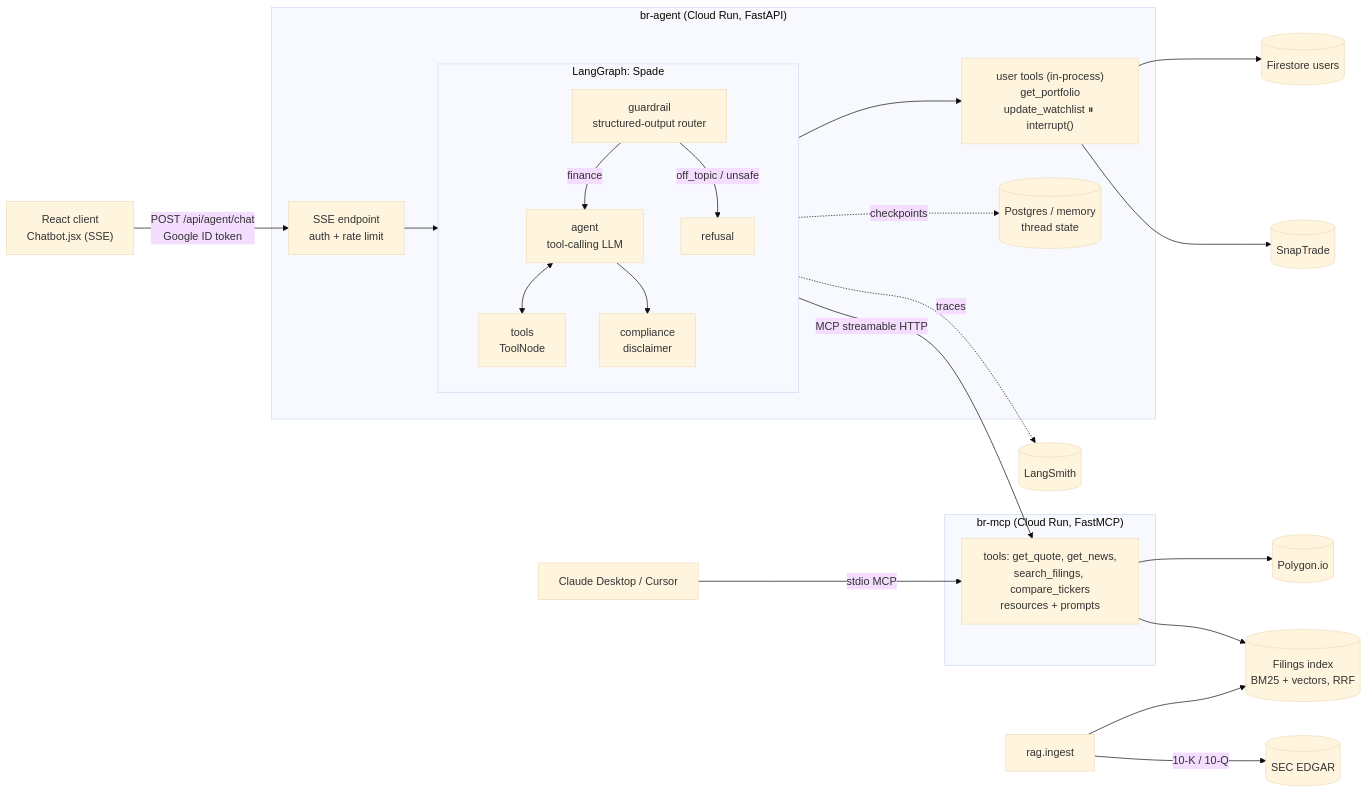
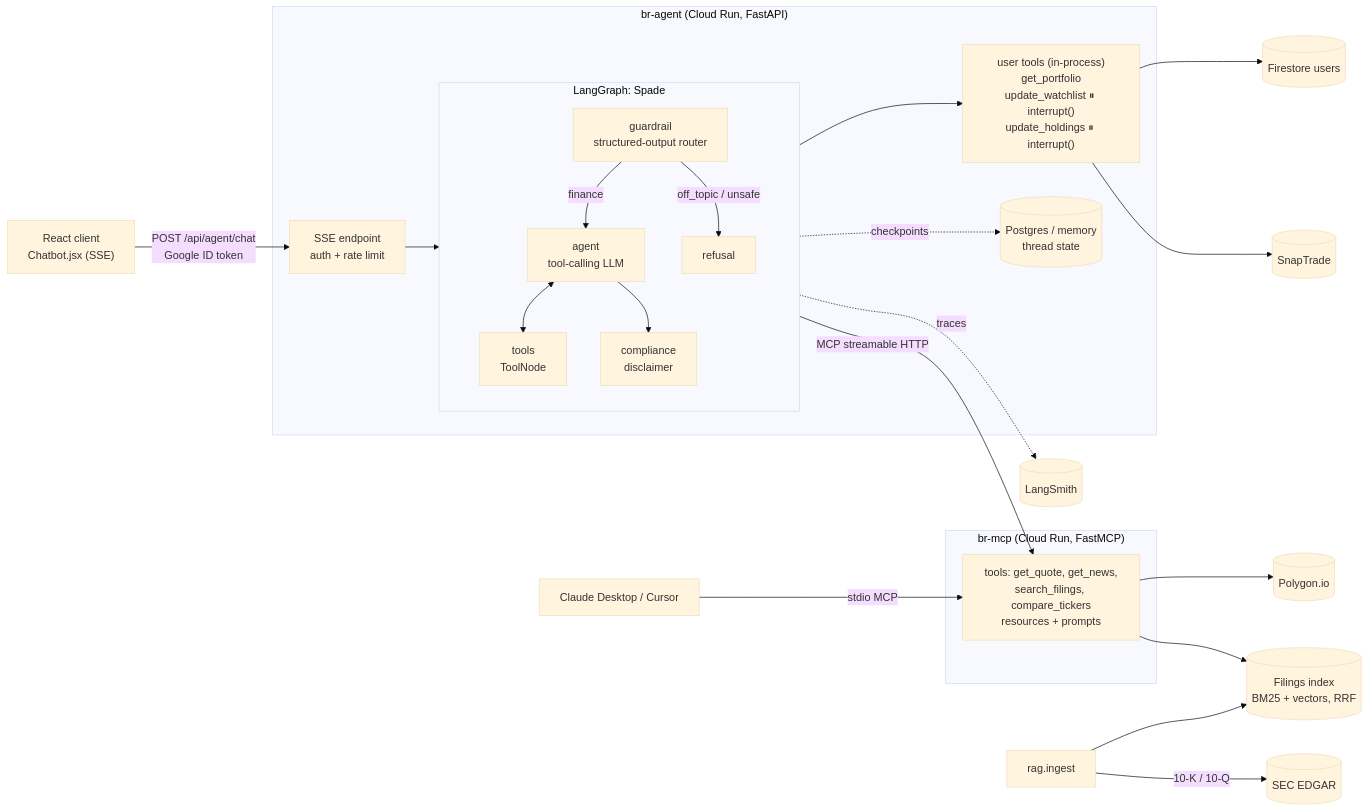
The diagram in agent_service/README.md (rishswish/BullRunAI), drawn with Mermaid (base theme) before and after one commit. The commit also changed other lines of this file and 11 other files, not shown here.

````diff
--- a/agent_service/README.md
+++ b/agent_service/README.md
@@ -13,30 +13,30 @@
 ```mermaid
 flowchart LR
   UI["React client<br/>Chatbot.jsx (SSE)"] -->|POST /api/agent/chat<br/>Google ID token| API
 
   subgraph AgentService["br-agent (Cloud Run, FastAPI)"]
     API[SSE endpoint<br/>auth + rate limit] --> G
     subgraph G["LangGraph: Spade"]
       direction TB
       GR[guardrail<br/>structured-output router] -->|finance| AG[agent<br/>tool-calling LLM]
       GR -->|off_topic / unsafe| RF[refusal]
       AG <--> TN[tools<br/>ToolNode]
       AG --> CP[compliance<br/>disclaimer]
     end
-    TN --> UT["user tools (in-process)<br/>get_portfolio<br/>update_watchlist ⏸ interrupt()"]
+    TN --> UT["user tools (in-process)<br/>get_portfolio<br/>update_watchlist ⏸ interrupt()<br/>update_holdings ⏸ interrupt()"]
     G -.checkpoints.-> MEM[(Postgres / memory<br/>thread state)]
   end
 
   TN -->|MCP streamable HTTP| MCP
   subgraph MCPS["br-mcp (Cloud Run, FastMCP)"]
     MCP[tools: get_quote, get_news,<br/>search_filings, compare_tickers<br/>resources + prompts]
   end
   MCP --> POLY[(Polygon.io)]
   MCP --> IDX[(Filings index<br/>BM25 + vectors, RRF)]
   UT --> FS[(Firestore users)]
   UT --> ST[(SnapTrade)]
   ING[rag.ingest] -->|10-K / 10-Q| EDGAR[(SEC EDGAR)]
   ING --> IDX
   CD[Claude Desktop / Cursor] -->|stdio MCP| MCP
   G -.traces.-> LS[(LangSmith)]
 ```
````
